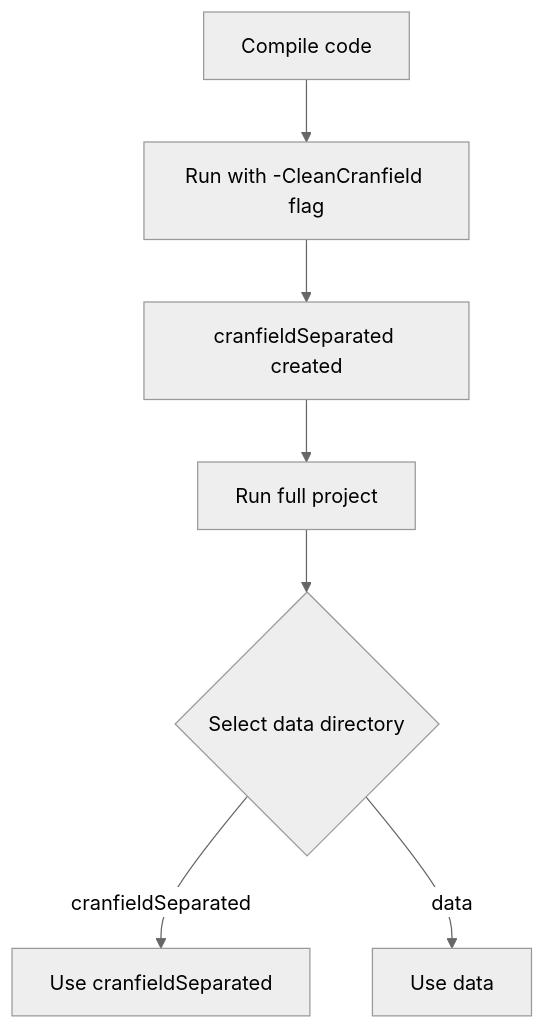
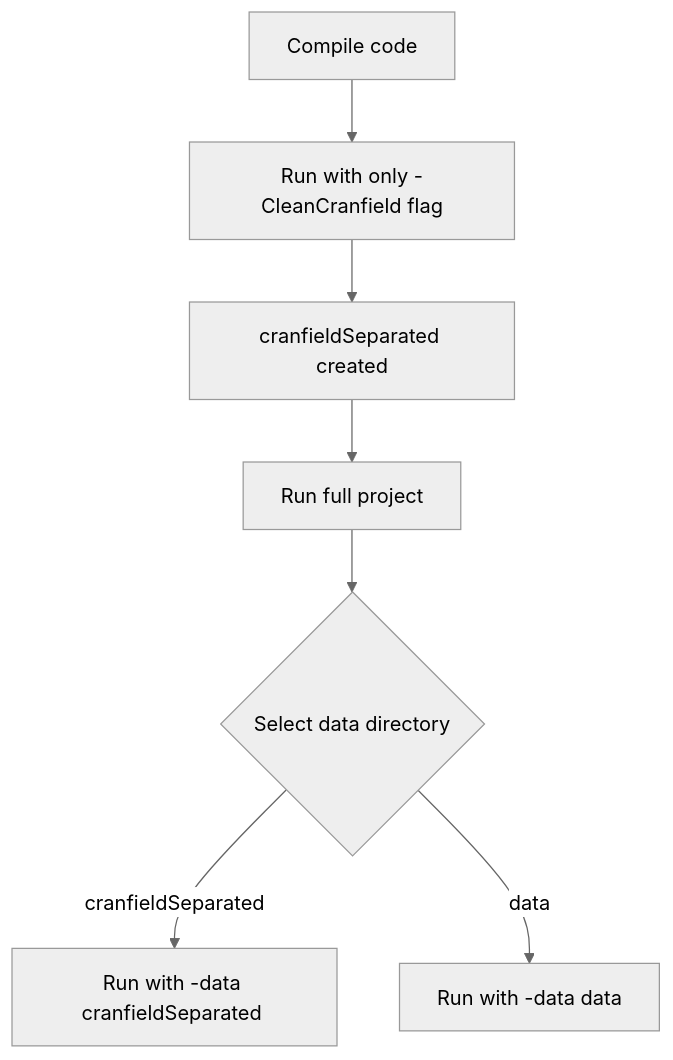
One commit to Daniel-Seredensky/LuceneSearcher changed the first of 2 diagrams in README.md. Above: the diagram before and after it, drawn with Mermaid (neutral theme). The commit also changed other lines of this file, not shown here.

Commit message:
Final commit

````diff
--- a/README.md
+++ b/README.md
@@ -12,9 +12,9 @@
 ``` mermaid
 flowchart TD
-    A[Compile code] --> B[Run with -CleanCranfield flag]
+    A[Compile code] --> B[Run with only -CleanCranfield flag]
     B --> C[cranfieldSeparated created]
     C --> D[Run full project]
     D --> E{Select data directory}
-    E -->|cranfieldSeparated| F[Use cranfieldSeparated]
-    E -->|data| G[Use data]
+    E -->|cranfieldSeparated| F[Run with -data cranfieldSeparated <other flags>]
+    E -->|data| G[Run with -data data <other flags>]
 ```
````
